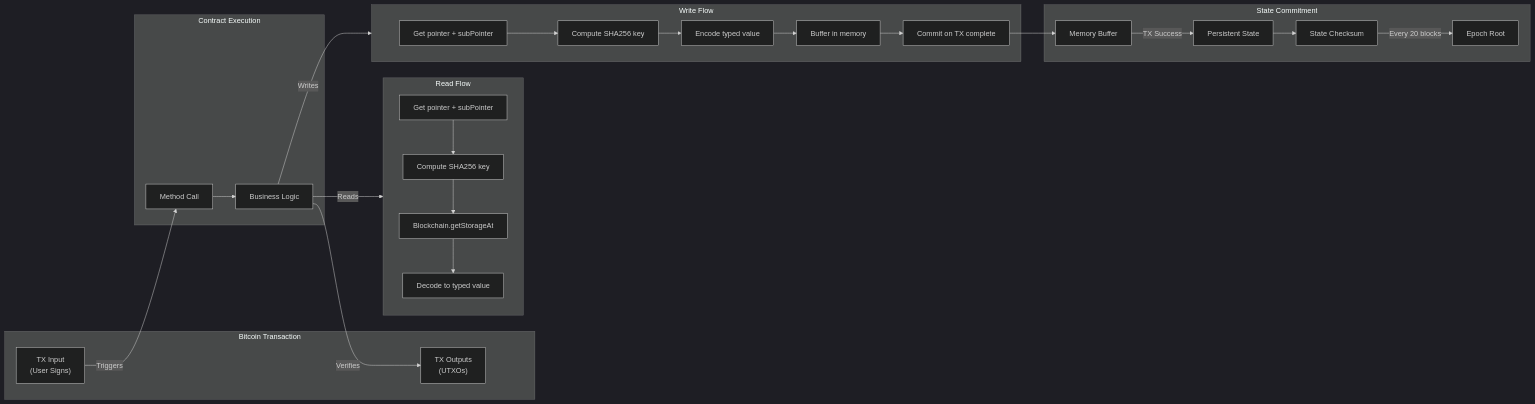
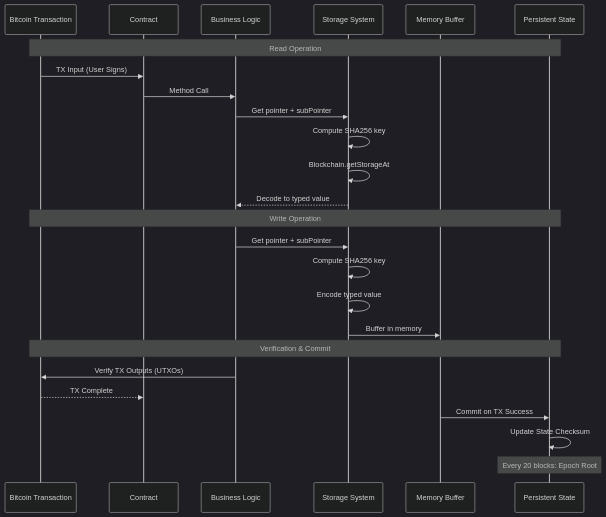
One commit to btc-vision/btc-runtime changed the sixth of 7 diagrams in docs/core-concepts/storage-system.md. Above: the diagram before and after it, drawn with Mermaid. The commit also changed other lines of this file and 7 other files, not shown here.

First line of the commit message:
Refactor diagrams to use sequence diagrams and improve clarity

````diff
--- a/docs/core-concepts/storage-system.md
+++ b/docs/core-concepts/storage-system.md
@@ -519,51 +519,34 @@
 ```mermaid
 ---
 config:
   theme: dark
 ---
-flowchart LR
-    subgraph Transaction["Bitcoin Transaction"]
-        TX_IN["TX Input<br/>(User Signs)"]
-        TX_OUT["TX Outputs<br/>(UTXOs)"]
-    end
+sequenceDiagram
+    participant TX as Bitcoin Transaction
+    participant Contract as Contract
+    participant Logic as Business Logic
+    participant Storage as Storage System
+    participant Buffer as Memory Buffer
+    participant State as Persistent State
 
-    subgraph Contract["Contract Execution"]
-        CALL["Method Call"]
-        LOGIC["Business Logic"]
-    end
+    Note over TX,State: Read Operation
+    TX->>Contract: TX Input (User Signs)
+    Contract->>Logic: Method Call
+    Logic->>Storage: Get pointer + subPointer
+    Storage->>Storage: Compute SHA256 key
+    Storage->>Storage: Blockchain.getStorageAt
+    Storage-->>Logic: Decode to typed value
 
-    subgraph ReadFlow["Read Flow"]
-        R1["Get pointer + subPointer"]
-        R2["Compute SHA256 key"]
-        R3["Blockchain.getStorageAt"]
-        R4["Decode to typed value"]
-        R1 --> R2 --> R3 --> R4
-    end
+    Note over TX,State: Write Operation
+    Logic->>Storage: Get pointer + subPointer
+    Storage->>Storage: Compute SHA256 key
+    Storage->>Storage: Encode typed value
+    Storage->>Buffer: Buffer in memory
 
-    subgraph WriteFlow["Write Flow"]
-        W1["Get pointer + subPointer"]
-        W2["Compute SHA256 key"]
-        W3["Encode typed value"]
-        W4["Buffer in memory"]
-        W5["Commit on TX complete"]
-        W1 --> W2 --> W3 --> W4 --> W5
-    end
-
-    subgraph StateCommit["State Commitment"]
-        BUFFER["Memory Buffer"]
-        STATE["Persistent State"]
-        CHECKSUM["State Checksum"]
-        EPOCH["Epoch Root"]
-    end
-
-    TX_IN -->|"Triggers"| CALL
-    CALL --> LOGIC
-    LOGIC -->|"Reads"| ReadFlow
-    LOGIC -->|"Writes"| WriteFlow
-    LOGIC -->|"Verifies"| TX_OUT
-
-    W5 --> BUFFER
-    BUFFER -->|"TX Success"| STATE
-    STATE --> CHECKSUM
-    CHECKSUM -->|"Every 20 blocks"| EPOCH
+    Note over TX,State: Verification & Commit
+    Logic->>TX: Verify TX Outputs (UTXOs)
+    TX-->>Contract: TX Complete
+    Buffer->>State: Commit on TX Success
+    State->>State: Update State Checksum
+    Note over State: Every 20 blocks: Epoch Root
 ```
````
